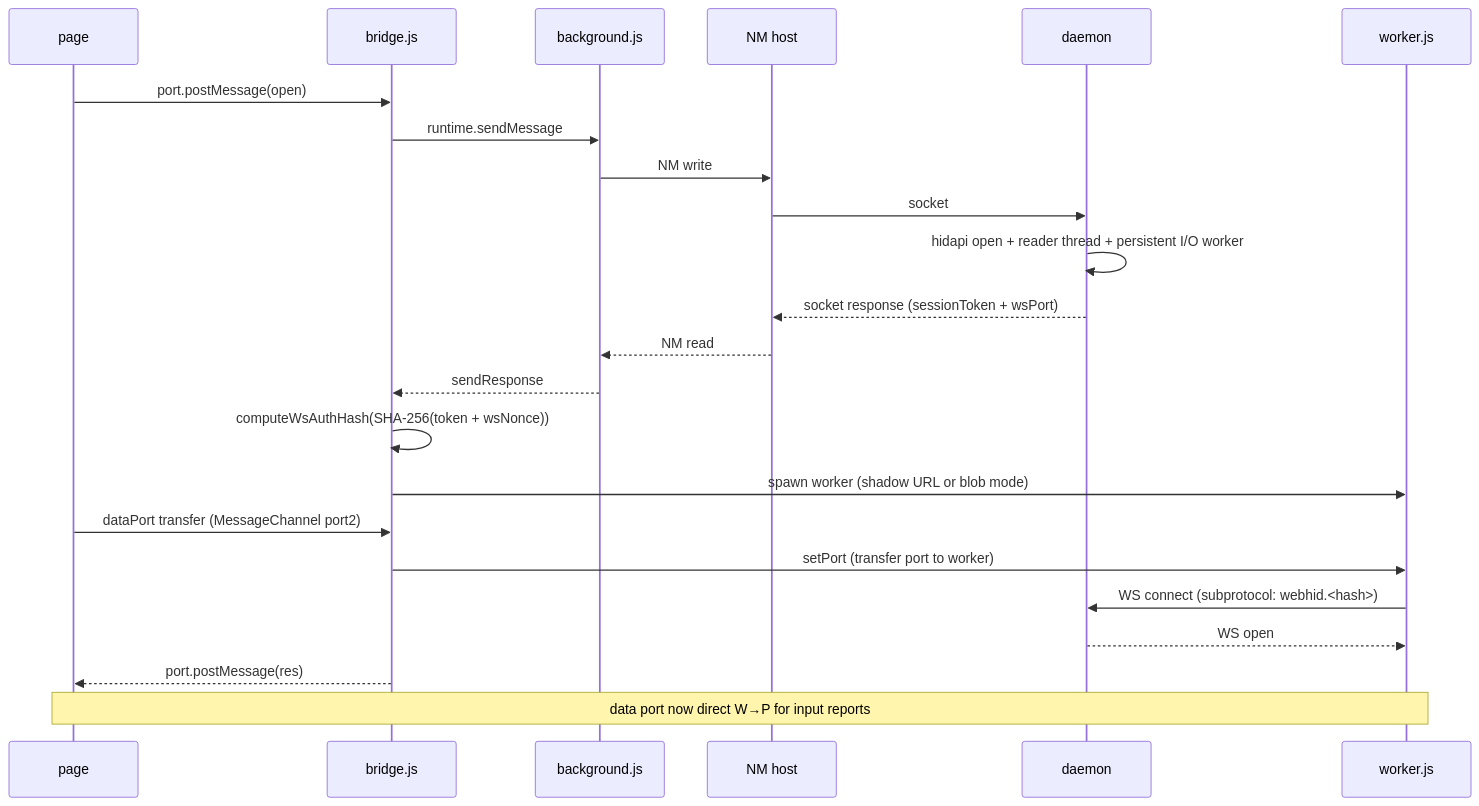
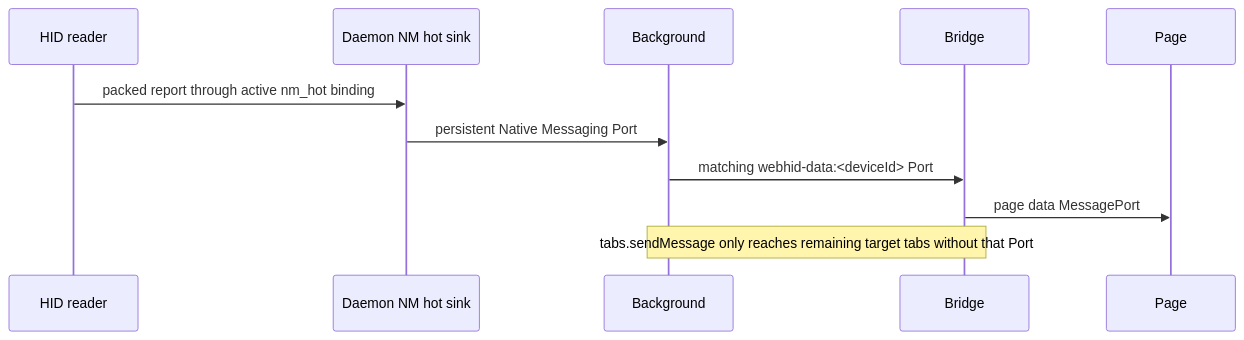
One commit to K4zoku/FF-WebHID changed the fifth of 6 diagrams in docs/ARCHITECTURE.md. Above: the diagram before and after it, drawn with Mermaid. The commit also changed other lines of this file and 4 other files, not shown here.

````diff
--- a/docs/ARCHITECTURE.md
+++ b/docs/ARCHITECTURE.md
@@ -373,26 +285,14 @@
 ```mermaid
 sequenceDiagram
-    participant P as page
-    participant B as bridge.js
-    participant G as background.js
-    participant N as NM host
-    participant D as daemon
-    participant W as worker.js
+    participant R as HID reader
+    participant D as Daemon NM hot sink
+    participant G as Background
+    participant B as Bridge
+    participant P as Page
 
-    P->>B: port.postMessage(open)
-    B->>G: runtime.sendMessage
-    G->>N: NM write
-    N->>D: socket
-    D->>D: hidapi open + reader thread + persistent I/O worker
-    D-->>N: socket response (sessionToken + wsPort)
-    N-->>G: NM read
-    G-->>B: sendResponse
-    B->>B: computeWsAuthHash(SHA-256(token + wsNonce))
-    B->>W: spawn worker (shadow URL or blob mode)
-    P->>B: dataPort transfer (MessageChannel port2)
-    B->>W: setPort (transfer port to worker)
-    W->>D: WS connect (subprotocol: webhid.<hash>)
-    D-->>W: WS open
-    B-->>P: port.postMessage(res)
-    Note over P,W: data port now direct W→P for input reports
+    R->>D: packed report through active nm_hot binding
+    D->>G: persistent Native Messaging Port
+    G->>B: matching webhid-data:<deviceId> Port
+    B->>P: page data MessagePort
+    Note over G,B: tabs.sendMessage only reaches remaining target tabs without that Port
 ```
````
